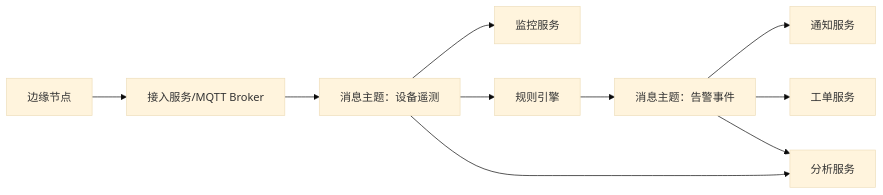
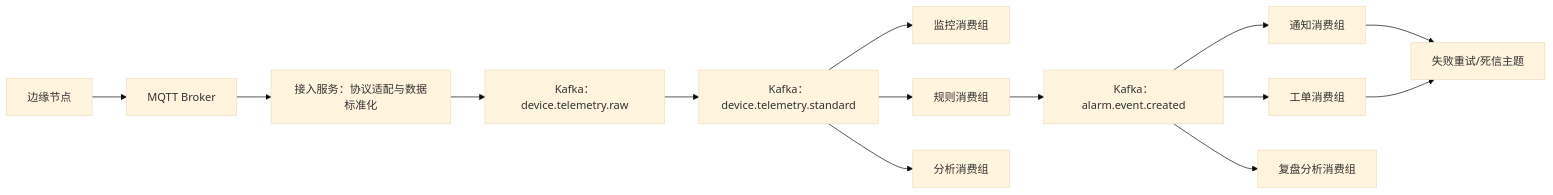
The diagram in 技术到场景/02_消息队列与异步削峰.md (dptdptdpt1/26_jgs_lw), drawn with Mermaid (base theme) before and after one commit. The commit also changed other lines of this file and 17 other files, not shown here.

````diff
--- a/技术到场景/02_消息队列与异步削峰.md
+++ b/技术到场景/02_消息队列与异步削峰.md
@@ -143,12 +235,16 @@
 ```mermaid
 flowchart LR
-    A["边缘节点"] --> B["接入服务/MQTT Broker"]
-    B --> C["消息主题：设备遥测"]
-    C --> D["监控服务"]
-    C --> E["规则引擎"]
-    C --> F["分析服务"]
-    E --> G["消息主题：告警事件"]
-    G --> H["通知服务"]
-    G --> I["工单服务"]
-    G --> F
+    A["边缘节点"] --> B["MQTT Broker"]
+    B --> C["接入服务：协议适配与数据标准化"]
+    C --> D["Kafka：device.telemetry.raw"]
+    D --> E["Kafka：device.telemetry.standard"]
+    E --> F["监控消费组"]
+    E --> G["规则消费组"]
+    E --> H["分析消费组"]
+    G --> I["Kafka：alarm.event.created"]
+    I --> J["通知消费组"]
+    I --> K["工单消费组"]
+    I --> L["复盘分析消费组"]
+    J --> M["失败重试/死信主题"]
+    K --> M
 ```
````
